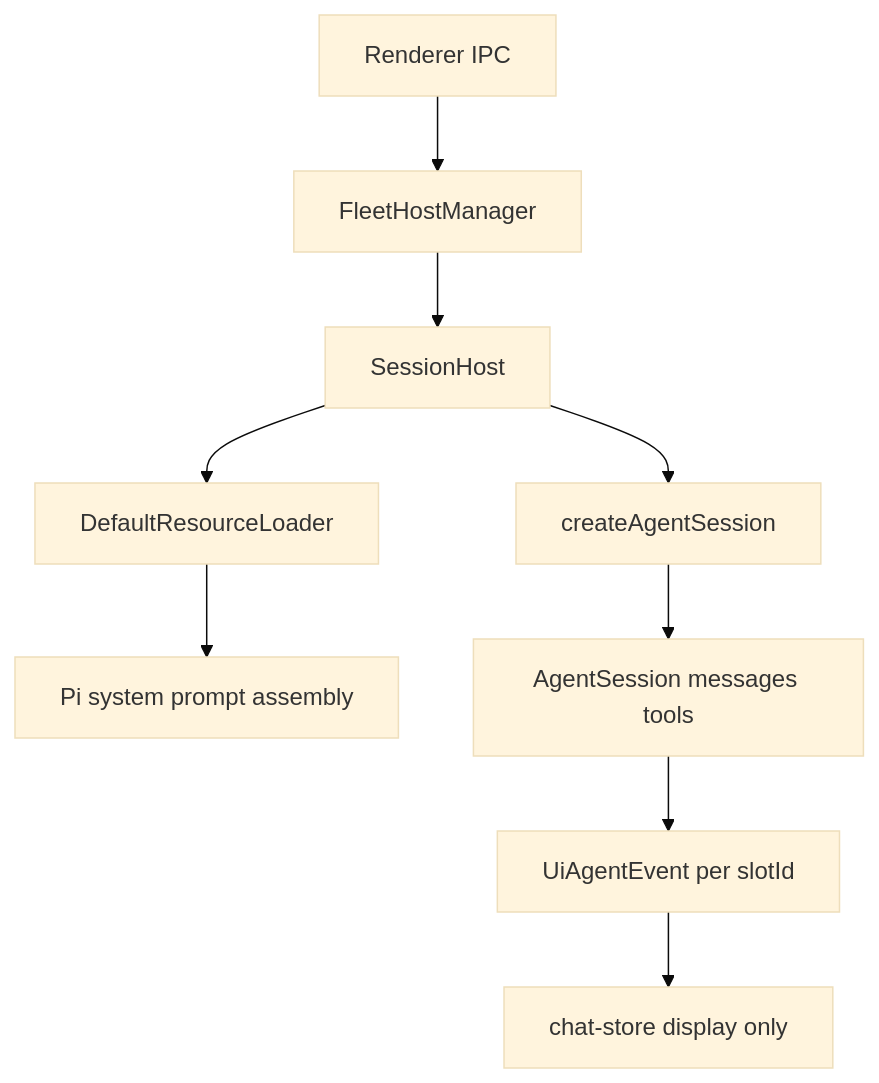
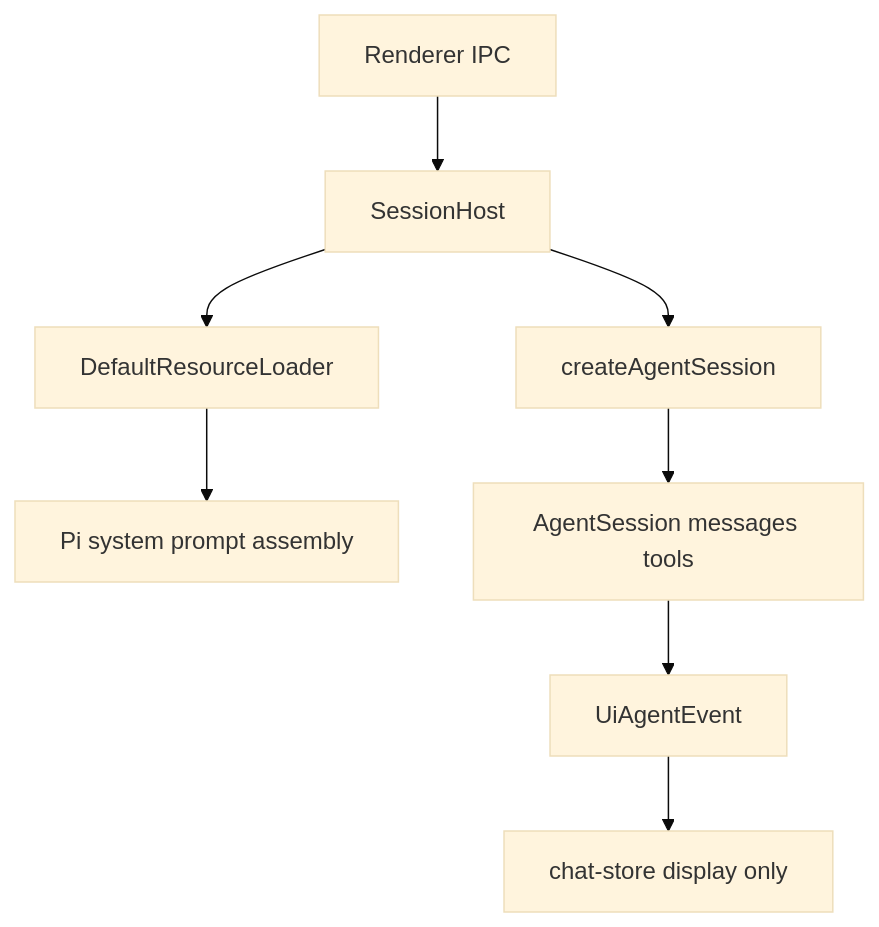
One commit to Fromlan/X-agent changed the diagram in AGENT_CONTEXT.md. Above: the diagram before and after it, drawn with Mermaid (base theme). The commit also changed other lines of this file and 41 other files, not shown here.

````diff
--- a/AGENT_CONTEXT.md
+++ b/AGENT_CONTEXT.md
@@ -28,11 +28,10 @@
 ```mermaid
 flowchart TD
-  UI[Renderer IPC] --> Fleet[FleetHostManager]
-  Fleet --> Host[SessionHost]
+  UI[Renderer IPC] --> Host[SessionHost]
   Host --> Loader[DefaultResourceLoader]
   Host --> Create[createAgentSession]
   Loader --> PiCtx[Pi system prompt assembly]
   Create --> Session[AgentSession messages tools]
-  Session --> Events[UiAgentEvent per slotId]
+  Session --> Events[UiAgentEvent]
   Events --> UIStore[chat-store display only]
 ```
````
